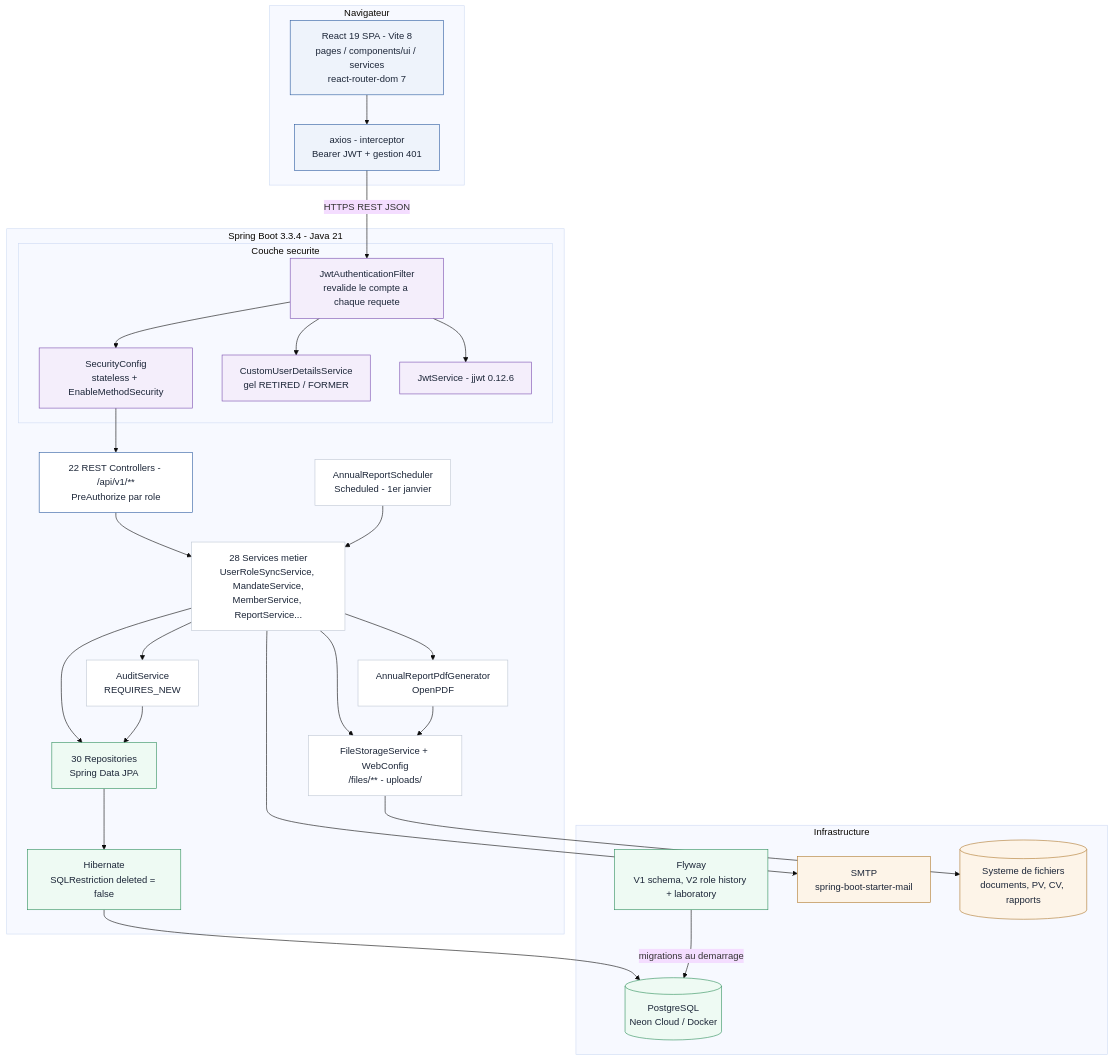
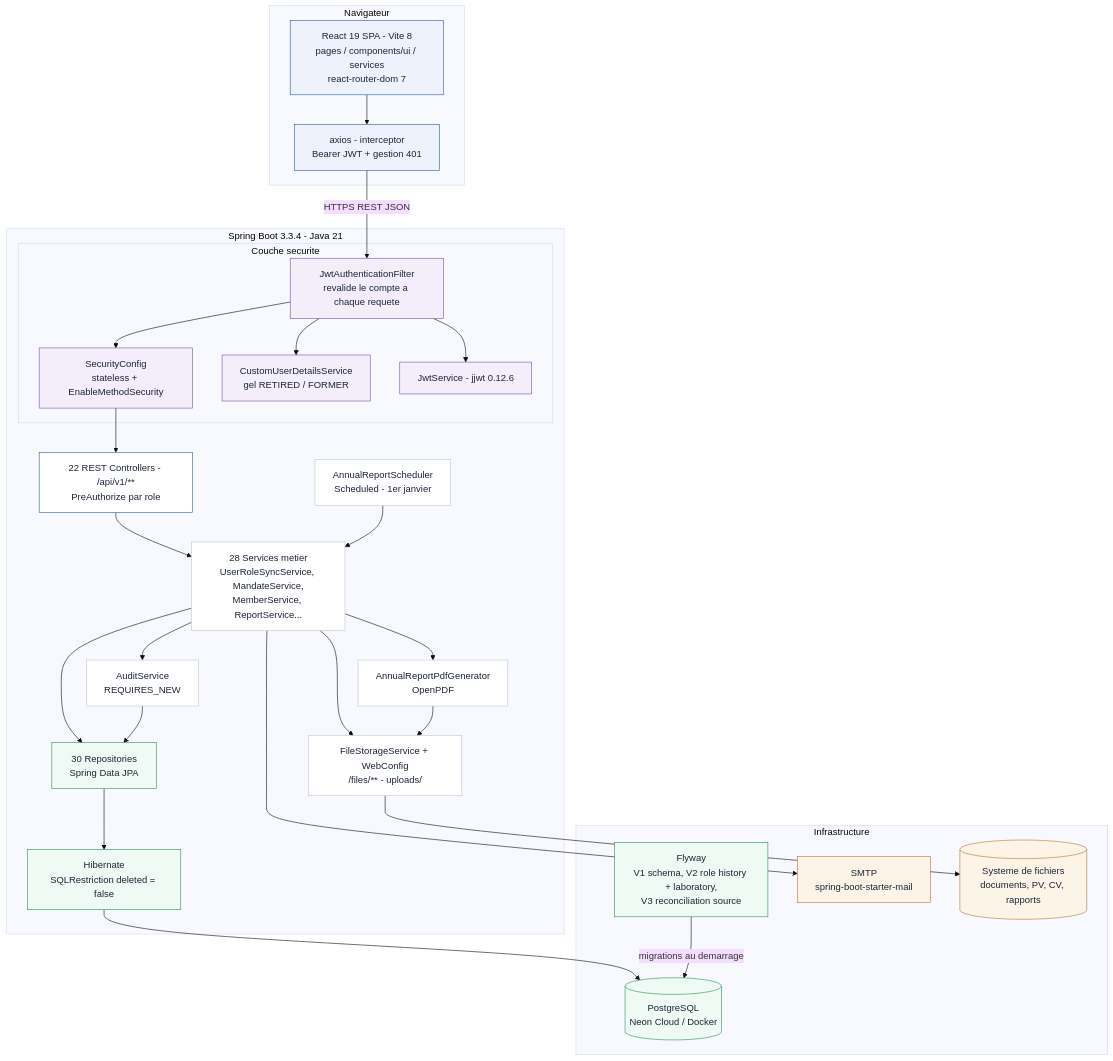
The diagram in docs/uml/02-architecture.mmd (DOUAEM449/LIAS-Lab-Management), drawn with Mermaid (base theme) before and after one commit. The commit also changed 15 other files, not shown here.

```diff
--- a/docs/uml/02-architecture.mmd
+++ b/docs/uml/02-architecture.mmd
@@ -1,58 +1,58 @@
 %% LIAS - Diagramme d architecture / composants
 %% Refletant le code reel : SecurityConfig, WebConfig, pom.xml, docker-compose.yml,
 %% application.yml (Flyway, Hikari, spring-boot-starter-mail).
 flowchart TB
   classDef front fill:#eef3fb,stroke:#2d5ca0,color:#1c2638
   classDef api fill:#fff,stroke:#2d5ca0,color:#1c2638
   classDef sec fill:#f4eefb,stroke:#7a4fb0,color:#1c2638
   classDef svc fill:#fff,stroke:#bfc8d4,color:#1c2638
   classDef data fill:#eefaf3,stroke:#2f8f5b,color:#1c2638
   classDef ext fill:#fdf4e8,stroke:#b07a2f,color:#1c2638
 
   subgraph CLIENT[Navigateur]
     SPA["React 19 SPA - Vite 8<br/>pages / components/ui / services<br/>react-router-dom 7"]:::front
     AX["axios - interceptor<br/>Bearer JWT + gestion 401"]:::front
   end
 
   subgraph BACK["Spring Boot 3.3.4 - Java 21"]
     subgraph SECL[Couche securite]
       JWTF["JwtAuthenticationFilter<br/>revalide le compte a chaque requete"]:::sec
       SECC["SecurityConfig<br/>stateless + EnableMethodSecurity"]:::sec
       UDS["CustomUserDetailsService<br/>gel RETIRED / FORMER"]:::sec
       JWTS["JwtService - jjwt 0.12.6"]:::sec
     end
 
     CTRL["22 REST Controllers - /api/v1/**<br/>PreAuthorize par role"]:::api
     SVC["28 Services metier<br/>UserRoleSyncService, MandateService,<br/>MemberService, ReportService..."]:::svc
     AUD["AuditService<br/>REQUIRES_NEW"]:::svc
     SCHED["AnnualReportScheduler<br/>Scheduled - 1er janvier"]:::svc
     PDF["AnnualReportPdfGenerator<br/>OpenPDF"]:::svc
     REPO["30 Repositories<br/>Spring Data JPA"]:::data
     ORM["Hibernate<br/>SQLRestriction deleted = false"]:::data
     FS["FileStorageService + WebConfig<br/>/files/** - uploads/"]:::svc
   end
 
   subgraph INFRA[Infrastructure]
     DB[("PostgreSQL<br/>Neon Cloud / Docker")]:::data
-    FLY["Flyway<br/>V1 schema, V2 role history + laboratory"]:::data
+    FLY["Flyway<br/>V1 schema, V2 role history + laboratory,<br/>V3 reconciliation source"]:::data
     MAIL["SMTP<br/>spring-boot-starter-mail"]:::ext
     DISK[("Systeme de fichiers<br/>documents, PV, CV, rapports")]:::ext
   end
 
   SPA --> AX
   AX -->|HTTPS REST JSON| JWTF
   JWTF --> SECC --> CTRL
   JWTF --> UDS
   JWTF --> JWTS
   CTRL --> SVC
   SVC --> AUD
   SVC --> REPO
   SVC --> FS
   SVC --> MAIL
   SCHED --> SVC
   SVC --> PDF
   PDF --> FS
   AUD --> REPO
   REPO --> ORM --> DB
   FLY -->|migrations au demarrage| DB
   FS --> DISK
```
